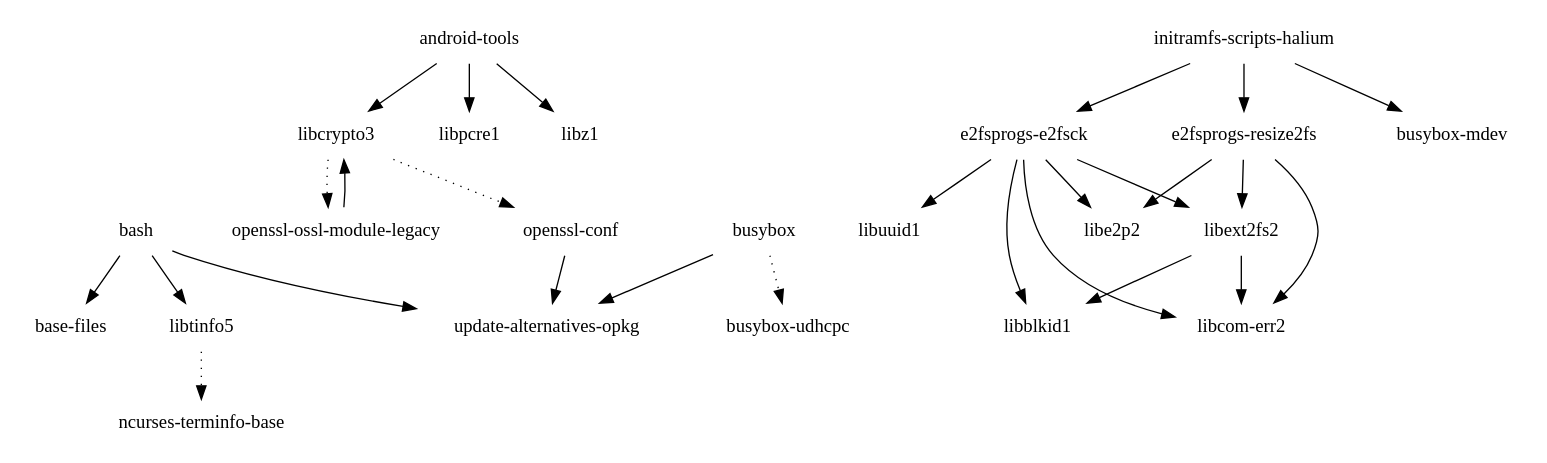
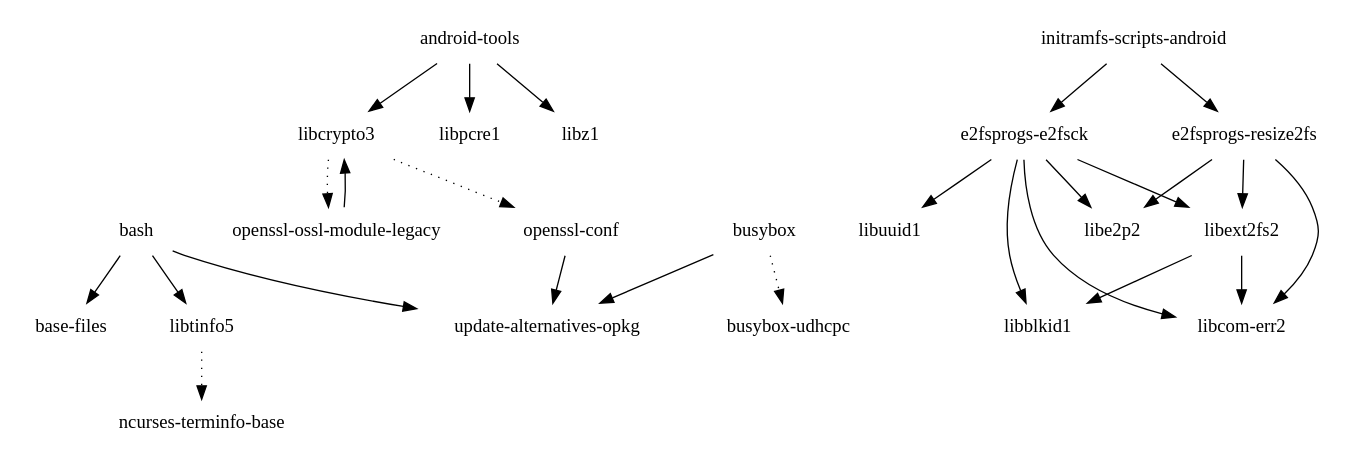
One commit to webOS-ports/buildhistory changed the diagram in images/hammerhead/glibc/initramfs-android-image/depends-nokernel-nolibc.dot. Above: the diagram before and after it, drawn with Graphviz. The commit also changed 188 other files, not shown here.

```diff
--- a/images/hammerhead/glibc/initramfs-android-image/depends-nokernel-nolibc.dot
+++ b/images/hammerhead/glibc/initramfs-android-image/depends-nokernel-nolibc.dot
@@ -1,29 +1,28 @@
 digraph depends {
     node [shape=plaintext]
 "android-tools" -> "libcrypto3"
 "android-tools" -> "libpcre1"
 "android-tools" -> "libz1"
 "bash" -> "base-files"
 "bash" -> "libtinfo5"
 "bash" -> "update-alternatives-opkg"
 "busybox" -> "busybox-udhcpc" [style=dotted]
 "busybox" -> "update-alternatives-opkg"
 "e2fsprogs-e2fsck" -> "libblkid1"
 "e2fsprogs-e2fsck" -> "libcom-err2"
 "e2fsprogs-e2fsck" -> "libe2p2"
 "e2fsprogs-e2fsck" -> "libext2fs2"
 "e2fsprogs-e2fsck" -> "libuuid1"
 "e2fsprogs-resize2fs" -> "libcom-err2"
 "e2fsprogs-resize2fs" -> "libe2p2"
 "e2fsprogs-resize2fs" -> "libext2fs2"
-"initramfs-scripts-halium" -> "busybox-mdev"
-"initramfs-scripts-halium" -> "e2fsprogs-e2fsck"
-"initramfs-scripts-halium" -> "e2fsprogs-resize2fs"
+"initramfs-scripts-android" -> "e2fsprogs-e2fsck"
+"initramfs-scripts-android" -> "e2fsprogs-resize2fs"
 "libcrypto3" -> "openssl-conf" [style=dotted]
 "libcrypto3" -> "openssl-ossl-module-legacy" [style=dotted]
 "libext2fs2" -> "libblkid1"
 "libext2fs2" -> "libcom-err2"
 "libtinfo5" -> "ncurses-terminfo-base" [style=dotted]
 "openssl-conf" -> "update-alternatives-opkg"
 "openssl-ossl-module-legacy" -> "libcrypto3"
 }
```
